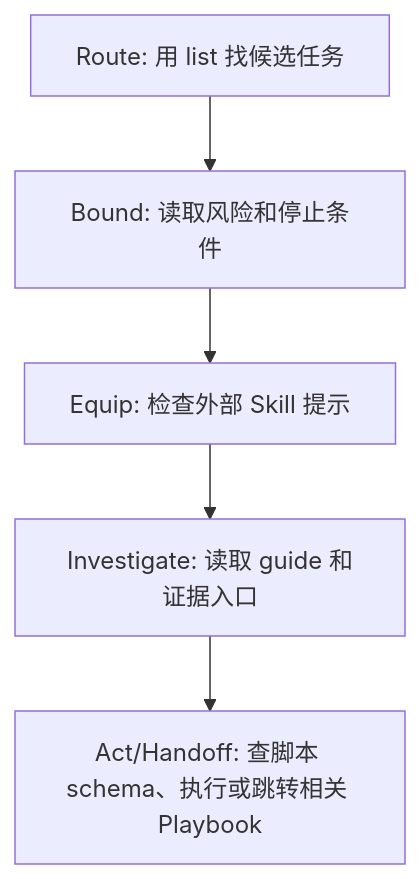
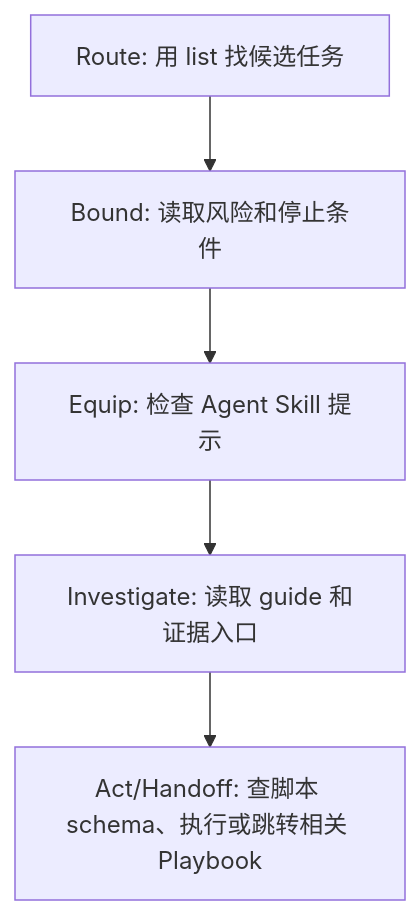
One commit to team4u/actiondock changed the diagram in docs/playbook.md. Above: the diagram before and after it, drawn with Mermaid. The commit also changed other lines of this file and 1 other file, not shown here.

First line of the commit message:
docs: 统一 Playbook 文档中 Agent Skill 提示的表述

````diff
--- a/docs/playbook.md
+++ b/docs/playbook.md
@@ -142,7 +142,7 @@
 ```mermaid
 flowchart TD
     Route[Route: 用 list 找候选任务] --> Bound[Bound: 读取风险和停止条件]
-    Bound --> Equip[Equip: 检查外部 Skill 提示]
+    Bound --> Equip[Equip: 检查 Agent Skill 提示]
     Equip --> Investigate[Investigate: 读取 guide 和证据入口]
     Investigate --> Act[Act/Handoff: 查脚本 schema、执行或跳转相关 Playbook]
 ```
````
